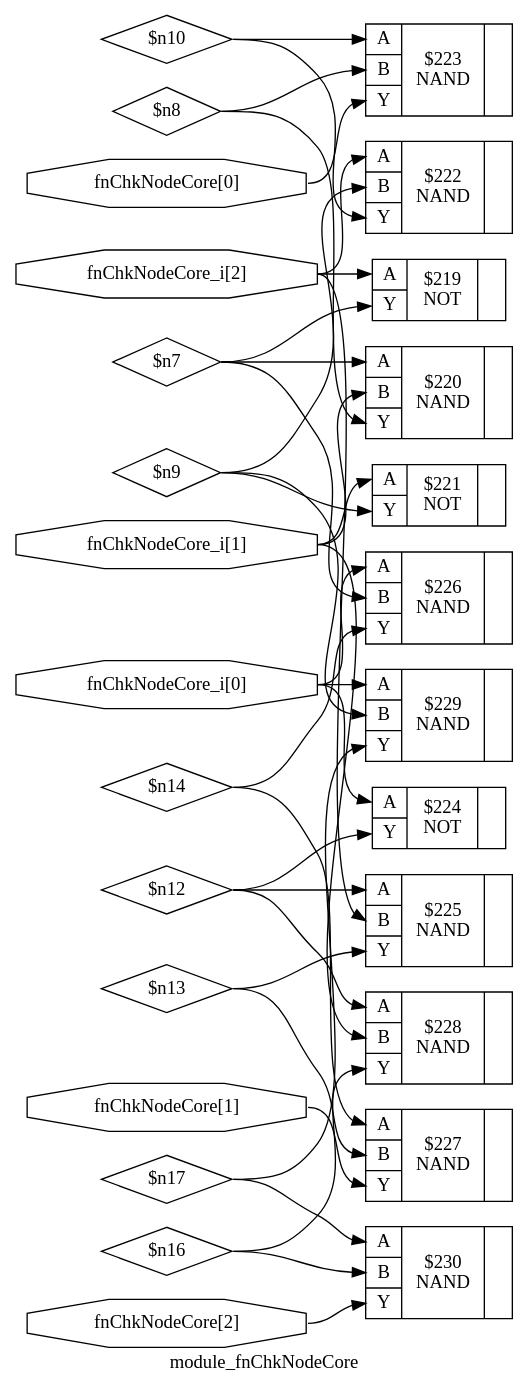
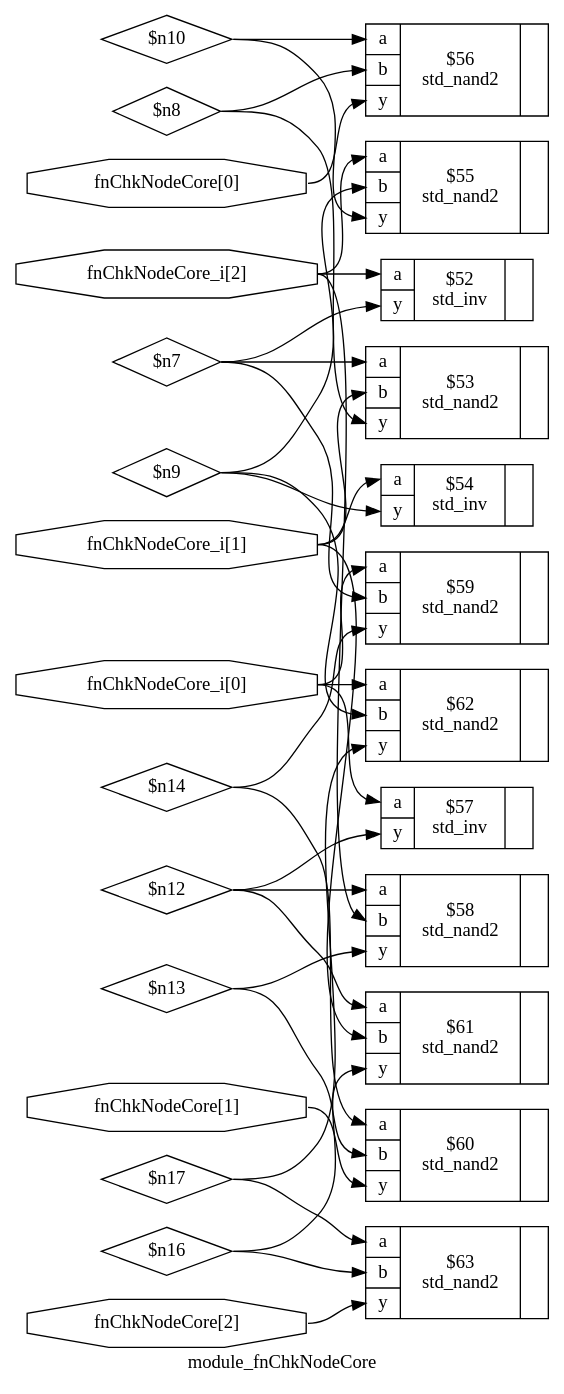
Before and after one commit to nirajnsharma/ee705-ldpc: the diagram in yosys/shows/module_fnChkNodeCore.dot, drawn with Graphviz. The commit also changed 5 other files, not shown here.

```diff
--- a/yosys/shows/module_fnChkNodeCore.dot
+++ b/yosys/shows/module_fnChkNodeCore.dot
@@ -1,65 +1,65 @@
 digraph "module_fnChkNodeCore" {
 label="module_fnChkNodeCore";
 rankdir="LR";
 remincross=true;
 n11 [ shape=octagon, label="fnChkNodeCore[0]", color="black", fontcolor="black" ];
 n12 [ shape=octagon, label="fnChkNodeCore[1]", color="black", fontcolor="black" ];
 n13 [ shape=octagon, label="fnChkNodeCore[2]", color="black", fontcolor="black" ];
 n14 [ shape=octagon, label="fnChkNodeCore_i[0]", color="black", fontcolor="black" ];
 n15 [ shape=octagon, label="fnChkNodeCore_i[1]", color="black", fontcolor="black" ];
 n16 [ shape=octagon, label="fnChkNodeCore_i[2]", color="black", fontcolor="black" ];
-c19 [ shape=record, label="{{<p17> A|<p18> Y}|$219\nNOT|{}}" ];
-c21 [ shape=record, label="{{<p17> A|<p20> B|<p18> Y}|$220\nNAND|{}}" ];
-c22 [ shape=record, label="{{<p17> A|<p18> Y}|$221\nNOT|{}}" ];
-c23 [ shape=record, label="{{<p17> A|<p20> B|<p18> Y}|$222\nNAND|{}}" ];
-c24 [ shape=record, label="{{<p17> A|<p20> B|<p18> Y}|$223\nNAND|{}}" ];
-c25 [ shape=record, label="{{<p17> A|<p18> Y}|$224\nNOT|{}}" ];
-c26 [ shape=record, label="{{<p17> A|<p20> B|<p18> Y}|$225\nNAND|{}}" ];
-c27 [ shape=record, label="{{<p17> A|<p20> B|<p18> Y}|$226\nNAND|{}}" ];
-c28 [ shape=record, label="{{<p17> A|<p20> B|<p18> Y}|$227\nNAND|{}}" ];
-c29 [ shape=record, label="{{<p17> A|<p20> B|<p18> Y}|$228\nNAND|{}}" ];
-c30 [ shape=record, label="{{<p17> A|<p20> B|<p18> Y}|$229\nNAND|{}}" ];
-c31 [ shape=record, label="{{<p17> A|<p20> B|<p18> Y}|$230\nNAND|{}}" ];
+c19 [ shape=record, label="{{<p17> a|<p18> y}|$52\nstd_inv|{}}" ];
+c21 [ shape=record, label="{{<p17> a|<p20> b|<p18> y}|$53\nstd_nand2|{}}" ];
+c22 [ shape=record, label="{{<p17> a|<p18> y}|$54\nstd_inv|{}}" ];
+c23 [ shape=record, label="{{<p17> a|<p20> b|<p18> y}|$55\nstd_nand2|{}}" ];
+c24 [ shape=record, label="{{<p17> a|<p20> b|<p18> y}|$56\nstd_nand2|{}}" ];
+c25 [ shape=record, label="{{<p17> a|<p18> y}|$57\nstd_inv|{}}" ];
+c26 [ shape=record, label="{{<p17> a|<p20> b|<p18> y}|$58\nstd_nand2|{}}" ];
+c27 [ shape=record, label="{{<p17> a|<p20> b|<p18> y}|$59\nstd_nand2|{}}" ];
+c28 [ shape=record, label="{{<p17> a|<p20> b|<p18> y}|$60\nstd_nand2|{}}" ];
+c29 [ shape=record, label="{{<p17> a|<p20> b|<p18> y}|$61\nstd_nand2|{}}" ];
+c30 [ shape=record, label="{{<p17> a|<p20> b|<p18> y}|$62\nstd_nand2|{}}" ];
+c31 [ shape=record, label="{{<p17> a|<p20> b|<p18> y}|$63\nstd_nand2|{}}" ];
 n10 [ shape=diamond, label="$n9" ];
 n10:e -> c22:p18:w [color="black", label=""];
 n10:e -> c23:p20:w [color="black", label=""];
 n10:e -> c30:p20:w [color="black", label=""];
 n11:e -> c24:p18:w [color="black", label=""];
 n12:e -> c28:p18:w [color="black", label=""];
 n13:e -> c31:p18:w [color="black", label=""];
 n14:e -> c25:p17:w [color="black", label=""];
 n14:e -> c27:p17:w [color="black", label=""];
 n14:e -> c30:p17:w [color="black", label=""];
 n15:e -> c21:p20:w [color="black", label=""];
 n15:e -> c22:p17:w [color="black", label=""];
 n15:e -> c29:p20:w [color="black", label=""];
 n16:e -> c19:p17:w [color="black", label=""];
 n16:e -> c23:p17:w [color="black", label=""];
 n16:e -> c26:p20:w [color="black", label=""];
 n2 [ shape=diamond, label="$n10" ];
 n2:e -> c23:p18:w [color="black", label=""];
 n2:e -> c24:p17:w [color="black", label=""];
 n3 [ shape=diamond, label="$n12" ];
 n3:e -> c25:p18:w [color="black", label=""];
 n3:e -> c26:p17:w [color="black", label=""];
 n3:e -> c29:p17:w [color="black", label=""];
 n4 [ shape=diamond, label="$n13" ];
 n4:e -> c26:p18:w [color="black", label=""];
 n4:e -> c28:p20:w [color="black", label=""];
 n5 [ shape=diamond, label="$n14" ];
 n5:e -> c27:p18:w [color="black", label=""];
 n5:e -> c28:p17:w [color="black", label=""];
 n6 [ shape=diamond, label="$n16" ];
 n6:e -> c29:p18:w [color="black", label=""];
 n6:e -> c31:p20:w [color="black", label=""];
 n7 [ shape=diamond, label="$n17" ];
 n7:e -> c30:p18:w [color="black", label=""];
 n7:e -> c31:p17:w [color="black", label=""];
 n8 [ shape=diamond, label="$n7" ];
 n8:e -> c19:p18:w [color="black", label=""];
 n8:e -> c21:p17:w [color="black", label=""];
 n8:e -> c27:p20:w [color="black", label=""];
 n9 [ shape=diamond, label="$n8" ];
 n9:e -> c21:p18:w [color="black", label=""];
 n9:e -> c24:p20:w [color="black", label=""];
 }
```
